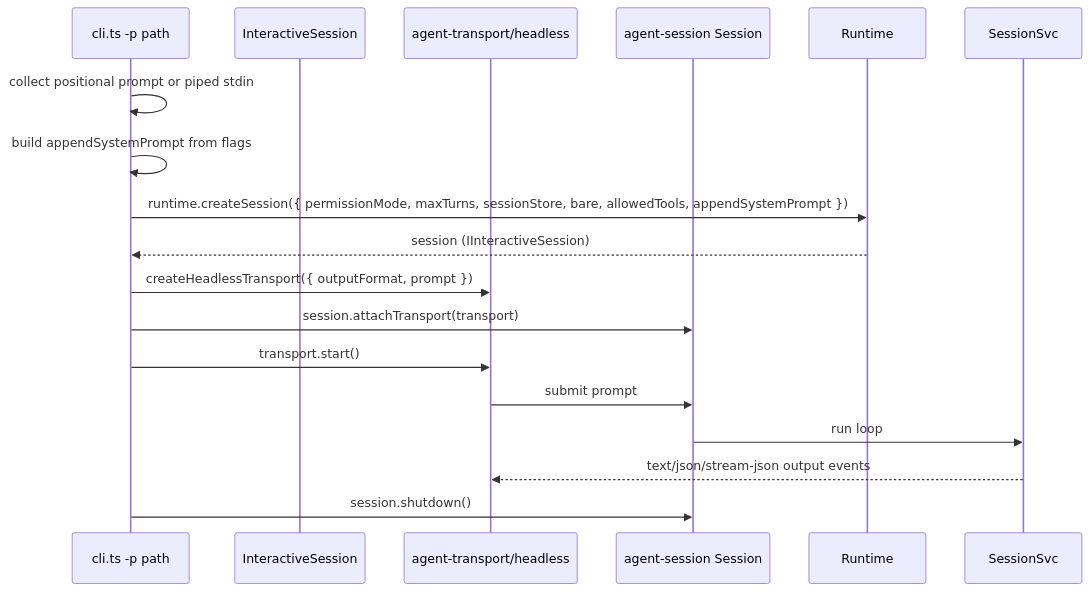
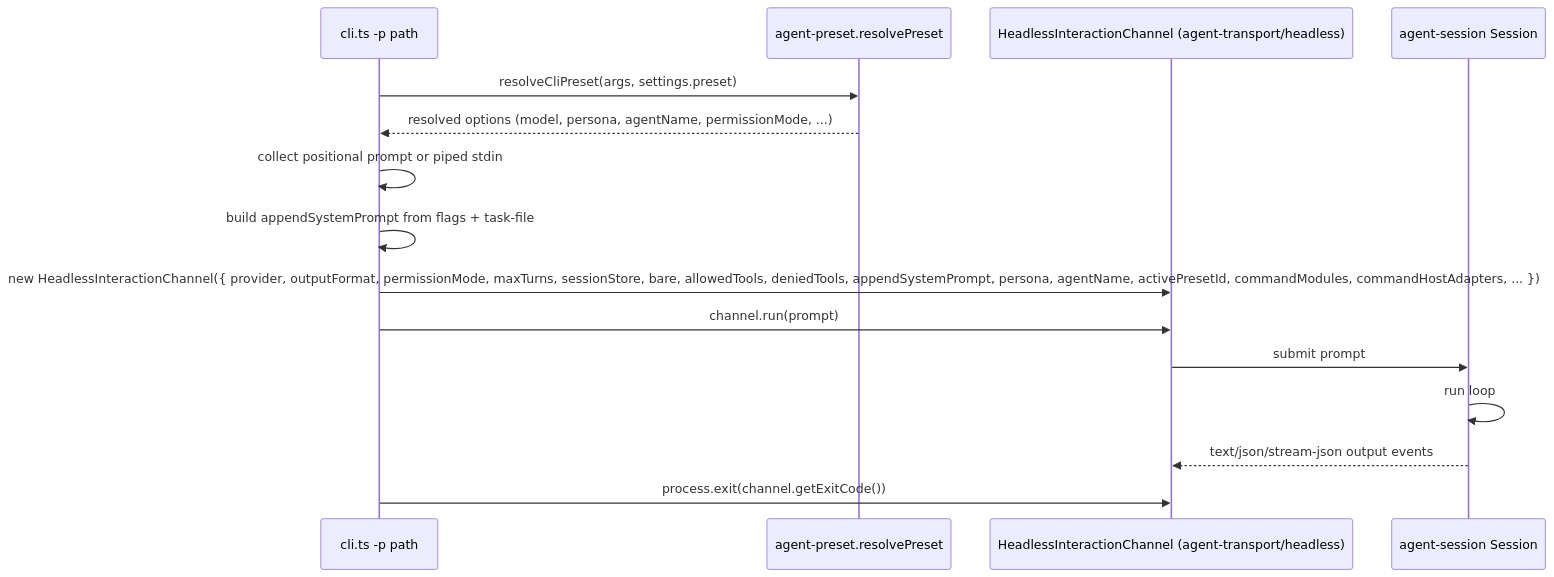
Before and after one commit to woojubb/robota: the second of 3 diagrams in .agents/specs/architecture-map/agent-cli/execution-modes.md, drawn with Mermaid. The commit also changed other lines of this file and 28 other files, not shown here.

````diff
--- a/.agents/specs/architecture-map/agent-cli/execution-modes.md
+++ b/.agents/specs/architecture-map/agent-cli/execution-modes.md
@@ -40,19 +40,18 @@
 ```mermaid
 sequenceDiagram
   participant CLI as cli.ts -p path
-  participant SDK as InteractiveSession
-  participant Transport as agent-transport/headless
+  participant Preset as agent-preset.resolvePreset
+  participant Channel as HeadlessInteractionChannel (agent-transport/headless)
   participant Session as agent-session Session
 
+  CLI->>Preset: resolveCliPreset(args, settings.preset)
+  Preset-->>CLI: resolved options (model, persona, agentName, permissionMode, ...)
   CLI->>CLI: collect positional prompt or piped stdin
-  CLI->>CLI: build appendSystemPrompt from flags
-  CLI->>Runtime: runtime.createSession({ permissionMode, maxTurns, sessionStore, bare, allowedTools, appendSystemPrompt })
-  Runtime-->>CLI: session (IInteractiveSession)
-  CLI->>Transport: createHeadlessTransport({ outputFormat, prompt })
-  CLI->>Session: session.attachTransport(transport)
-  CLI->>Transport: transport.start()
-  Transport->>Session: submit prompt
-  Session->>SessionSvc: run loop
-  SessionSvc-->>Transport: text/json/stream-json output events
-  CLI->>Session: session.shutdown()
+  CLI->>CLI: build appendSystemPrompt from flags + task-file
+  CLI->>Channel: new HeadlessInteractionChannel({ provider, outputFormat, permissionMode, maxTurns, sessionStore, bare, allowedTools, deniedTools, appendSystemPrompt, persona, agentName, activePresetId, commandModules, commandHostAdapters, ... })
+  CLI->>Channel: channel.run(prompt)
+  Channel->>Session: submit prompt
+  Session->>Session: run loop
+  Session-->>Channel: text/json/stream-json output events
+  CLI->>Channel: process.exit(channel.getExitCode())
 ```
````
